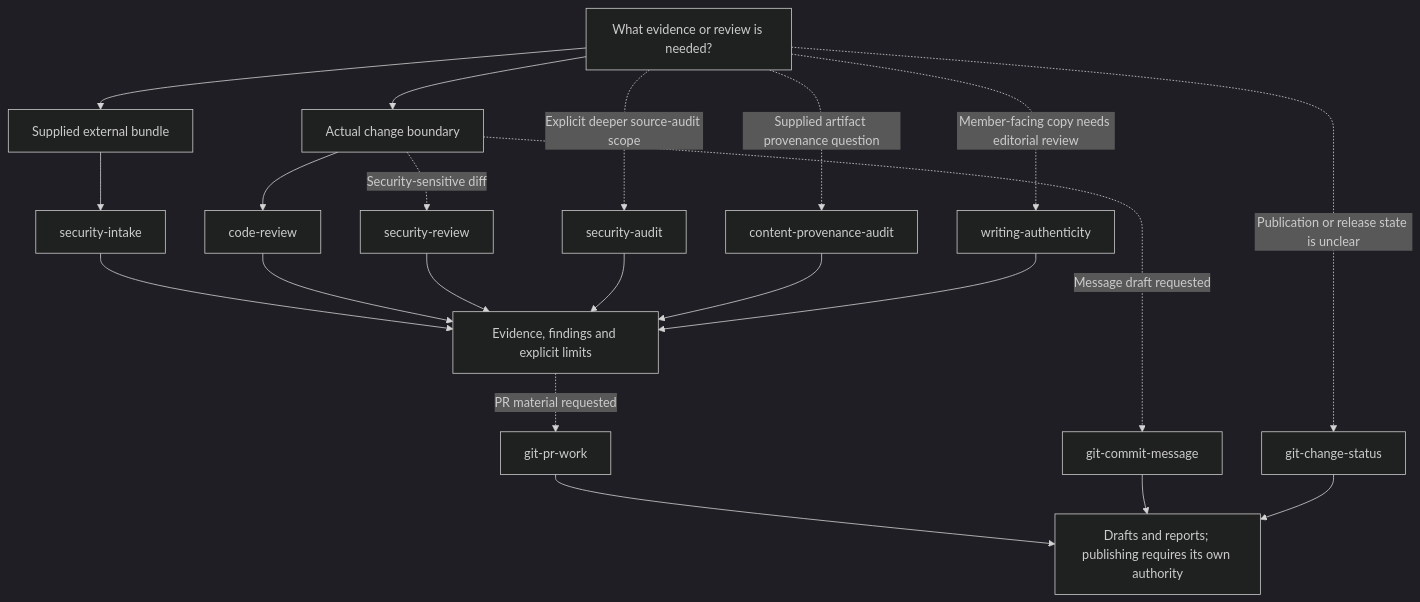
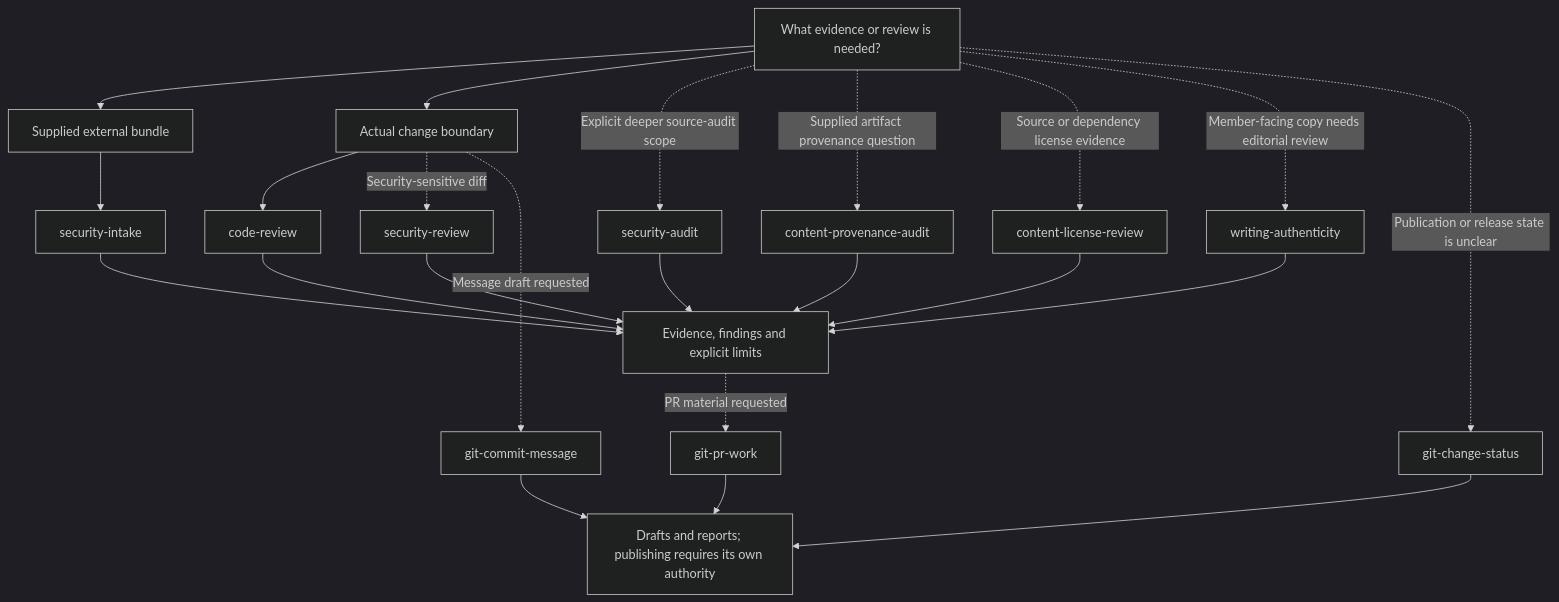
One commit to rizariaputrawira/KitShift changed the fourth of 5 diagrams in SKILL-USAGE.md. Above: the diagram before and after it, drawn with Mermaid (dark theme). The commit also changed other lines of this file and 9 other files, not shown here.

Commit message:
feat(skills): add source license review procedure

````diff
--- a/SKILL-USAGE.md
+++ b/SKILL-USAGE.md
@@ -193,23 +193,25 @@
 ```mermaid
 flowchart TD
     R0["What evidence or review is needed?"] --> R1["Supplied external bundle"]
     R1 --> R2["security-intake"]
     R0 --> R3["Actual change boundary"]
     R3 --> R4["code-review"]
     R3 -. "Security-sensitive diff" .-> R5["security-review"]
     R0 -. "Explicit deeper source-audit scope" .-> R6["security-audit"]
     R0 -. "Supplied artifact provenance question" .-> R7["content-provenance-audit"]
+    R0 -. "Source or dependency license evidence" .-> R14["content-license-review"]
     R0 -. "Member-facing copy needs editorial review" .-> R8["writing-authenticity"]
     R2 --> R9["Evidence, findings and explicit limits"]
     R4 --> R9
     R5 --> R9
     R6 --> R9
     R7 --> R9
     R8 --> R9
+    R14 --> R9
     R9 -. "PR material requested" .-> R10["git-pr-work"]
     R3 -. "Message draft requested" .-> R11["git-commit-message"]
     R0 -. "Publication or release state is unclear" .-> R12["git-change-status"]
     R10 --> R13["Drafts and reports; publishing requires its own authority"]
     R11 --> R13
     R12 --> R13
 ```
````
